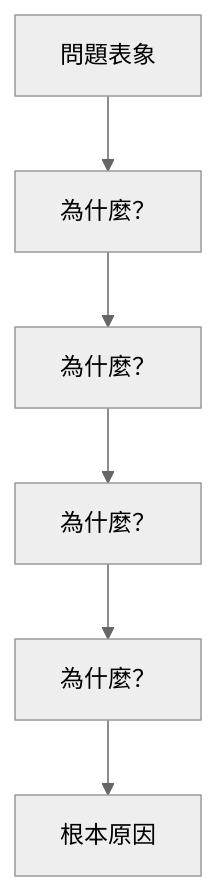
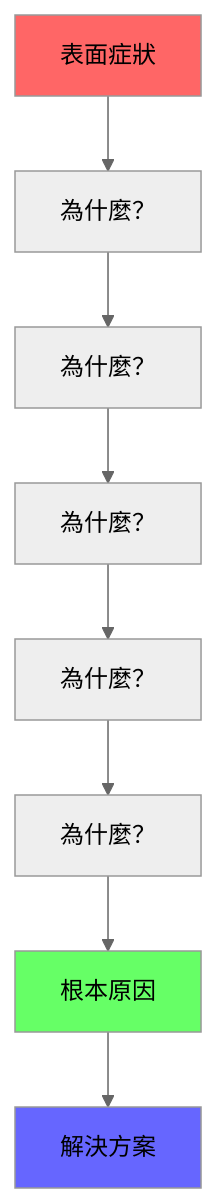
One commit to CaoCharles/llm-evaluation-notes changed the first of 3 diagrams in docs/collaboration/feedback-loop/rca.md. Above: the diagram before and after it, drawn with Mermaid (neutral theme). The commit also changed other lines of this file and 5 other files, not shown here.

````diff
--- a/docs/collaboration/feedback-loop/rca.md
+++ b/docs/collaboration/feedback-loop/rca.md
@@ -7,8 +14,14 @@
 ```mermaid
 graph TB
-    Problem["問題表象"] --> Why1["為什麼？"]
+    Symptom["表面症狀"] --> Why1["為什麼？"]
     Why1 --> Why2["為什麼？"]
     Why2 --> Why3["為什麼？"]
     Why3 --> Why4["為什麼？"]
-    Why4 --> Root["根本原因"]
+    Why4 --> Why5["為什麼？"]
+    Why5 --> Root["根本原因"]
+    Root --> Solution["解決方案"]
+    
+    style Symptom fill:#f66
+    style Root fill:#6f6
+    style Solution fill:#66f
 ```
````
